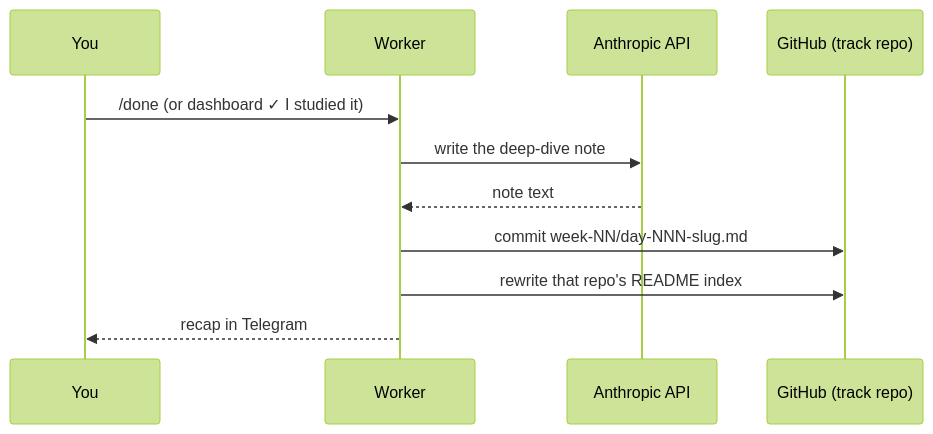
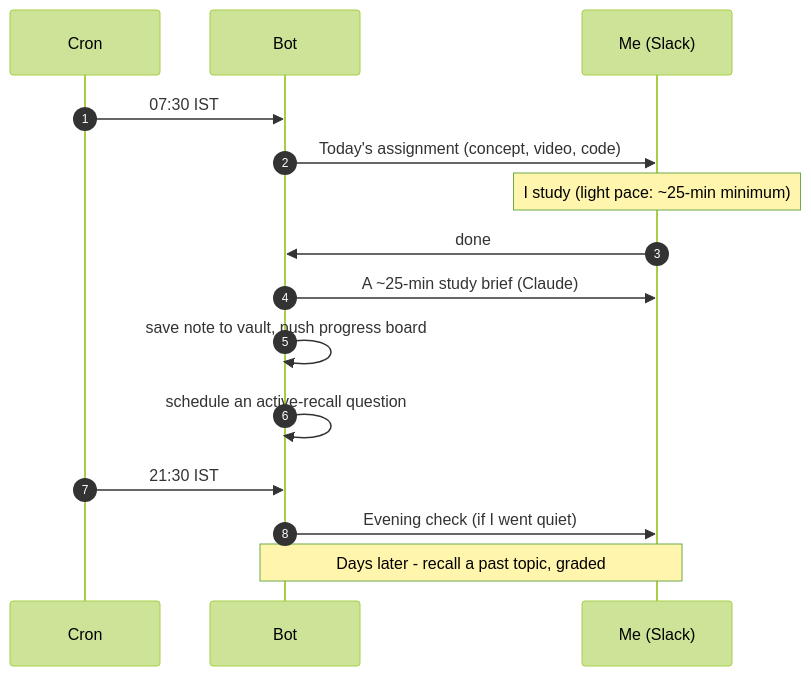
Before and after one commit to astroboy1183/study-agent: the third of 4 diagrams in README.md, drawn with Mermaid (forest theme). The commit also changed other lines of this file, not shown here.

Commit message:
Rewrite README: comprehensive architecture, Slack, active recall, adaptive pacing

````diff
--- a/README.md
+++ b/README.md
@@ -208,13 +201,18 @@
 ```mermaid
 sequenceDiagram
-  participant You
-  participant W as Worker
-  participant M as Anthropic API
-  participant GH as GitHub (track repo)
-  You->>W: /done  (or dashboard ✓ I studied it)
-  W->>M: write the deep-dive note
-  M-->>W: note text
-  W->>GH: commit week-NN/day-NNN-slug.md
-  W->>GH: rewrite that repo's README index
-  W-->>You: recap in Telegram
+    autonumber
+    participant C as Cron
+    participant B as Bot
+    participant M as Me (Slack)
+
+    C->>B: 07:30 IST
+    B->>M: Today's assignment (concept, video, code)
+    Note over M: I study (light pace: ~25-min minimum)
+    M->>B: done
+    B->>M: A ~25-min study brief (Claude)
+    B->>B: save note to vault, push progress board
+    B->>B: schedule an active-recall question
+    C->>B: 21:30 IST
+    B->>M: Evening check (if I went quiet)
+    Note over B,M: Days later - recall a past topic, graded
 ```
````
